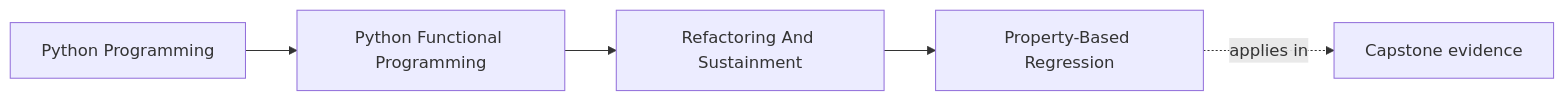
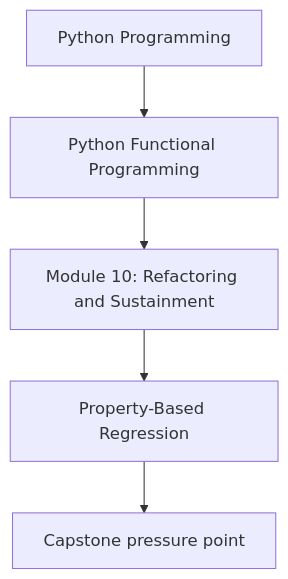
One commit to bijux/bijux-masterclass changed the first of 2 diagrams in programs/python-programming/python-functional-programming/course-book/module-10-refactoring-and-sustainment/property-based-regression.md. Above: the diagram before and after it, drawn with Mermaid. The commit also changed other lines of this file and 118 other files, not shown here.

Commit message:
docs(python-functional-programming): align concept page diagrams

````diff
--- a/programs/python-programming/python-functional-programming/course-book/module-10-refactoring-and-sustainment/property-based-regression.md
+++ b/programs/python-programming/python-functional-programming/course-book/module-10-refactoring-and-sustainment/property-based-regression.md
@@ -7,11 +7,7 @@
 ```mermaid
-graph LR
-  family["Python Programming"]
-  program["Python Functional Programming"]
-  section["Refactoring And Sustainment"]
-  page["Property-Based Regression"]
-  capstone["Capstone evidence"]
-
-  family --> program --> section --> page
-  page -.applies in.-> capstone
+flowchart TD
+  family["Python Programming"] --> program["Python Functional Programming"]
+  program --> module["Module 10: Refactoring and Sustainment"]
+  module --> concept["Property-Based Regression"]
+  concept --> capstone["Capstone pressure point"]
 ```
````
